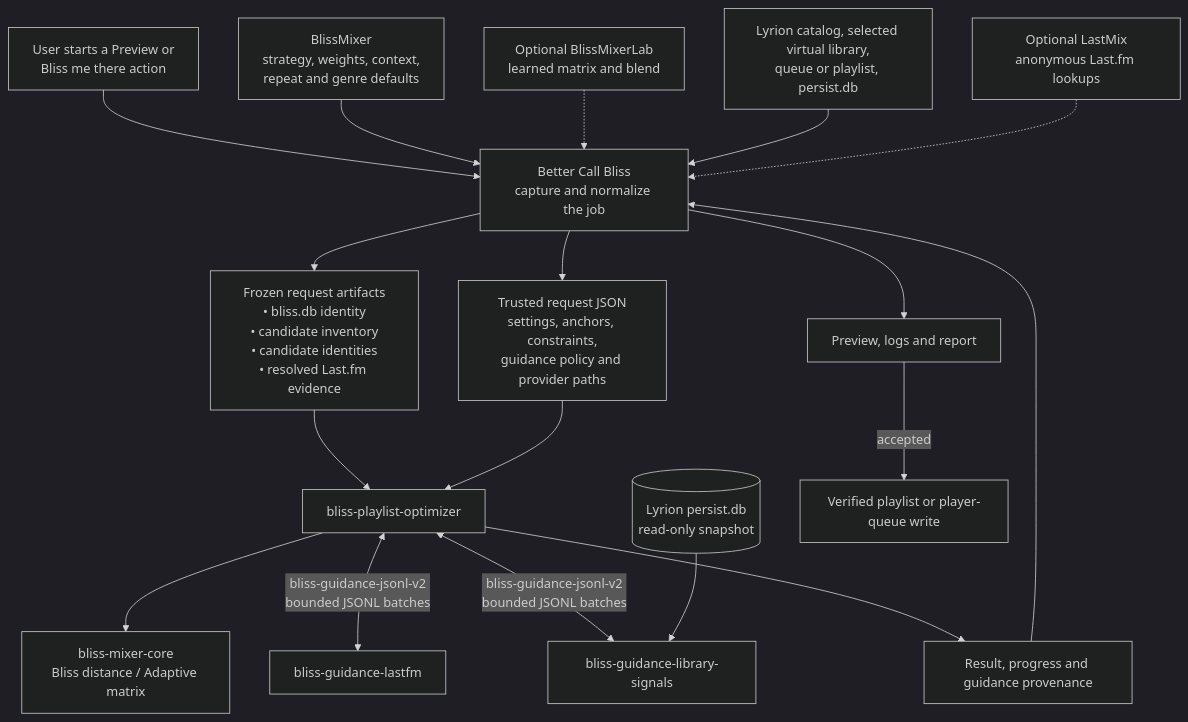
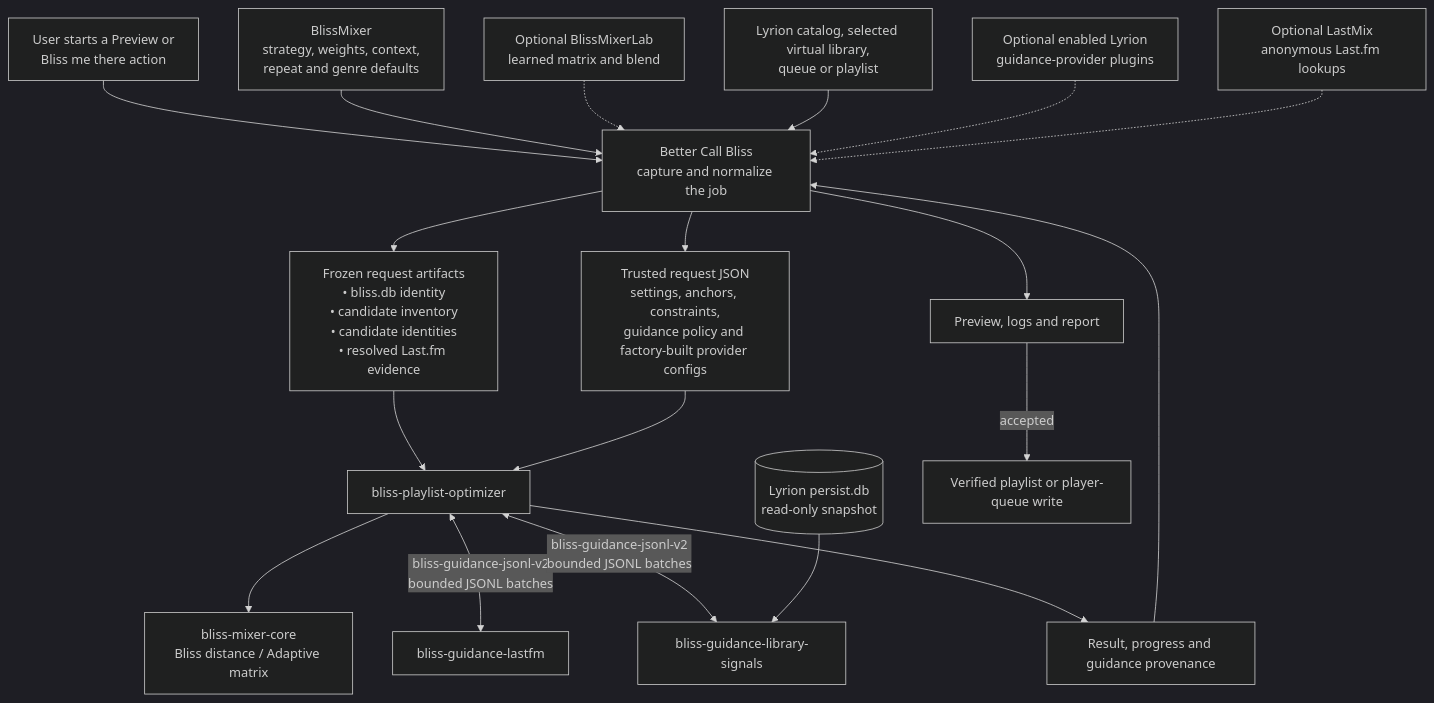
One commit to chrober/lms-better-call-bliss changed the first of 6 diagrams in docs/GUIDANCE_DATA_FLOW.md. Above: the diagram before and after it, drawn with Mermaid (dark theme). The commit also changed other lines of this file and 2 other files, not shown here.

Commit message:
docs: describe discovered library guidance providers

````diff
--- a/docs/GUIDANCE_DATA_FLOW.md
+++ b/docs/GUIDANCE_DATA_FLOW.md
@@ -20,23 +20,24 @@
 ```mermaid
 flowchart TB
     U["User starts a Preview or<br/>Bliss me there action"] --> B
     BM["BlissMixer<br/>strategy, weights, context,<br/>repeat and genre defaults"] --> B["Better Call Bliss<br/>capture and normalize the job"]
     LAB["Optional BlissMixerLab<br/>learned matrix and blend"] -.-> B
-    LMS["Lyrion catalog, selected virtual library,<br/>queue or playlist, persist.db"] --> B
+    LMS["Lyrion catalog, selected virtual library,<br/>queue or playlist"] --> B
+    GP["Optional enabled Lyrion<br/>guidance-provider plugins"] -.-> B
     LM["Optional LastMix<br/>anonymous Last.fm lookups"] -.-> B
 
     B --> I["Frozen request artifacts<br/>• bliss.db identity<br/>• candidate inventory<br/>• candidate identities<br/>• resolved Last.fm evidence"]
-    B --> R["Trusted request JSON<br/>settings, anchors, constraints,<br/>guidance policy and provider paths"]
+    B --> R["Trusted request JSON<br/>settings, anchors, constraints,<br/>guidance policy and factory-built provider configs"]
     I --> O["bliss-playlist-optimizer"]
     R --> O
 
     O --> C["bliss-mixer-core<br/>Bliss distance / Adaptive matrix"]
     O <-->|"bliss-guidance-jsonl-v2<br/>bounded JSONL batches"| L["bliss-guidance-lastfm"]
     O <-->|"bliss-guidance-jsonl-v2<br/>bounded JSONL batches"| P["bliss-guidance-library-signals"]
     DB[("Lyrion persist.db<br/>read-only snapshot")] --> P
 
     O --> A["Result, progress and guidance provenance"]
     A --> B
     B --> V["Preview, logs and report"]
     V -->|"accepted"| W["Verified playlist or player-queue write"]
 ```
````
